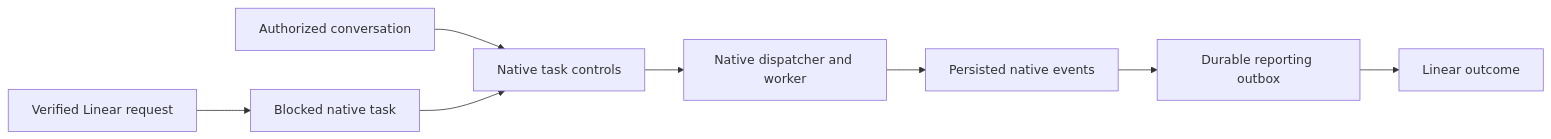
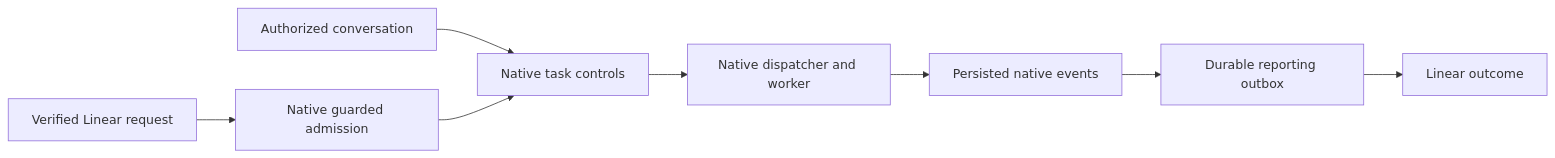
The diagram in docs/linear-native-execution.md (mekenthompson/hermes-fleet), drawn with Mermaid before and after one commit. The commit also changed other lines of this file and 7 other files, not shown here.

Commit message:
feat(linear): admit guarded native work and reconcile reporting links

````diff
--- a/docs/linear-native-execution.md
+++ b/docs/linear-native-execution.md
@@ -31,10 +32,10 @@
 ```mermaid
 flowchart LR
   Chat[Authorized conversation] --> Native[Native task controls]
   Native --> Worker[Native dispatcher and worker]
-  Linear[Verified Linear request] --> Parked[Blocked native task]
-  Parked --> Native
+  Linear[Verified Linear request] --> Admission[Native guarded admission]
+  Admission --> Native
   Worker --> History[Persisted native events]
   History --> Outbox[Durable reporting outbox]
   Outbox --> Issue[Linear outcome]
 ```
````
